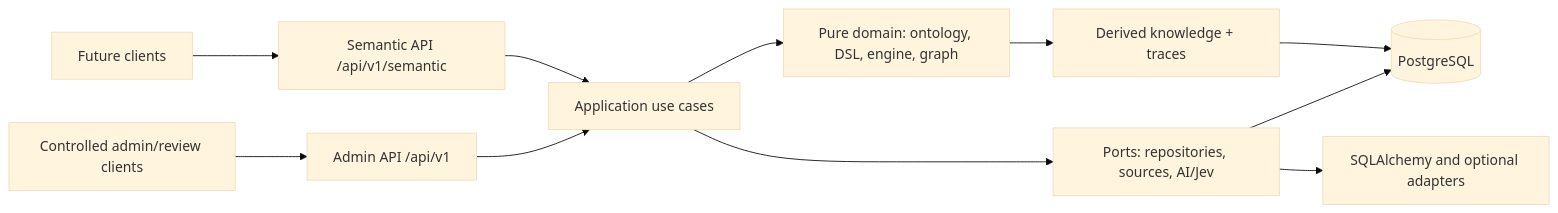
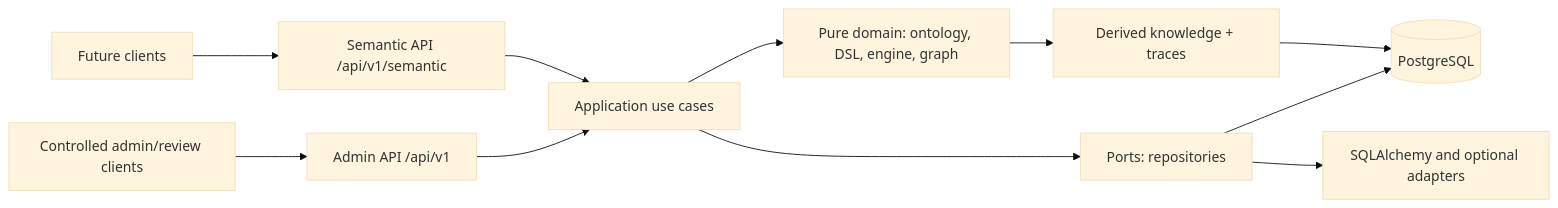
The diagram in README.md (artemnoor/andromeda-knowledge-core), drawn with Mermaid (base theme) before and after one commit. The commit also changed other lines of this file and 39 other files, not shown here.

```diff
--- a/README.md
+++ b/README.md
@@ -42,13 +42,13 @@
 ~~~mermaid
 flowchart LR
   Client[Future clients] --> Semantic[Semantic API /api/v1/semantic]
   Admin[Controlled admin/review clients] --> AdminAPI[Admin API /api/v1]
   Semantic --> App[Application use cases]
   AdminAPI --> App
   App --> Domain[Pure domain: ontology, DSL, engine, graph]
-  App --> Ports[Ports: repositories, sources, AI/Jev]
+  App --> Ports[Ports: repositories]
   Ports --> PG[(PostgreSQL)]
   Ports --> Adapters[SQLAlchemy and optional adapters]
   Domain --> Derived[Derived knowledge + traces]
   Derived --> PG
 ~~~
```
